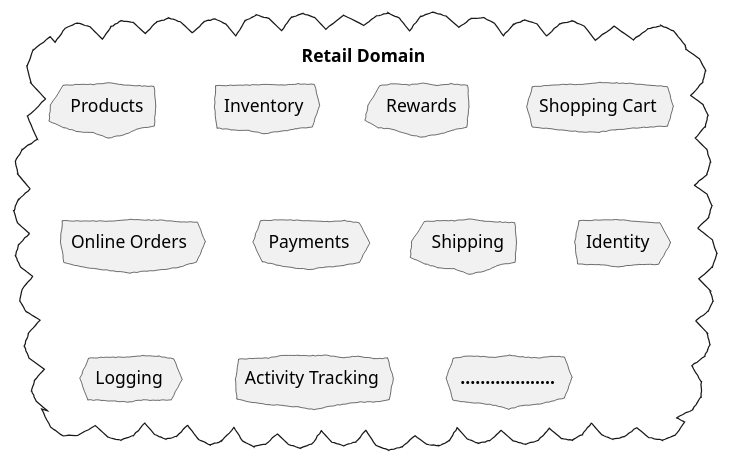
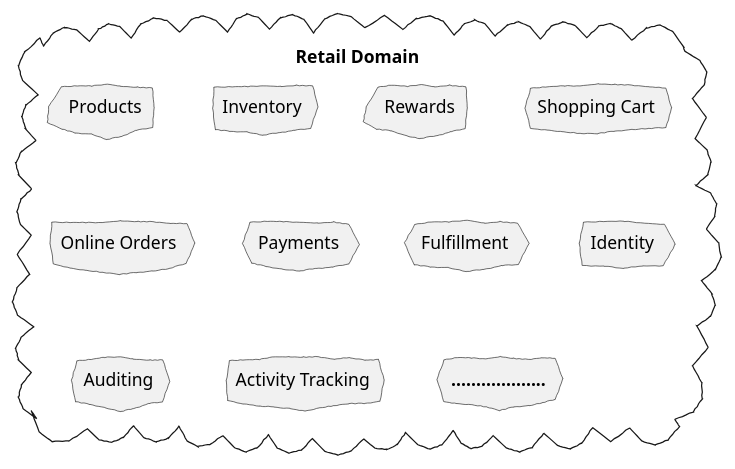
One commit to PacktPublishing/Domain-Driven-Design-with-Java-A-Practitioner-s-Guide changed the third of 4 diagrams in src/docs/asciidoc/chapters/01-ddd-rationale.adoc. Above: the diagram before and after it, drawn with PlantUML. The commit also changed other lines of this file and 2 other files, not shown here.

```diff
--- a/src/docs/asciidoc/chapters/01-ddd-rationale.adoc
+++ b/src/docs/asciidoc/chapters/01-ddd-rationale.adoc
@@ -214,20 +199,20 @@
 [plantuml,domains]
 ....
 @startuml
 skinparam monochrome true
 skinparam handwritten true
 cloud "Retail Domain" {
   cloud Products
   cloud Inventory
   cloud Rewards
   cloud "Shopping Cart"
   cloud "Online Orders"
   cloud Payments
-  cloud Shipping
+  cloud Fulfillment
   cloud Identity
-  cloud Logging
+  cloud Auditing
   cloud "Activity Tracking"
   cloud "<b>..................." as c2
 }
 @enduml
 ....
```
